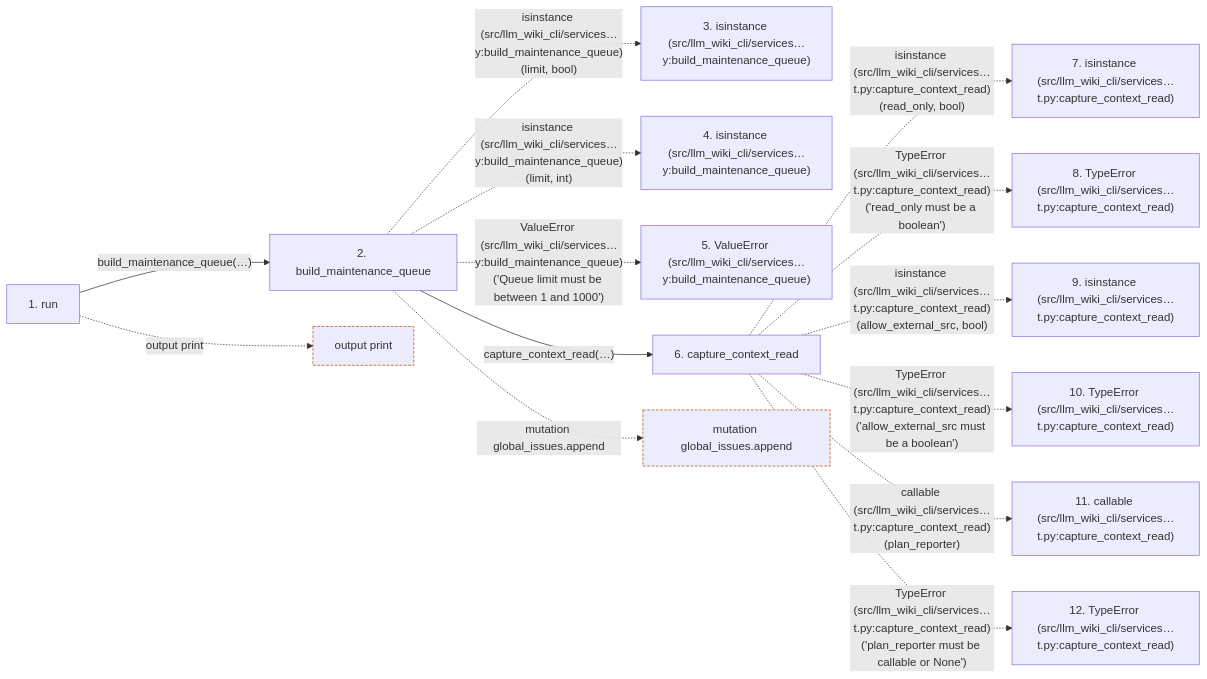
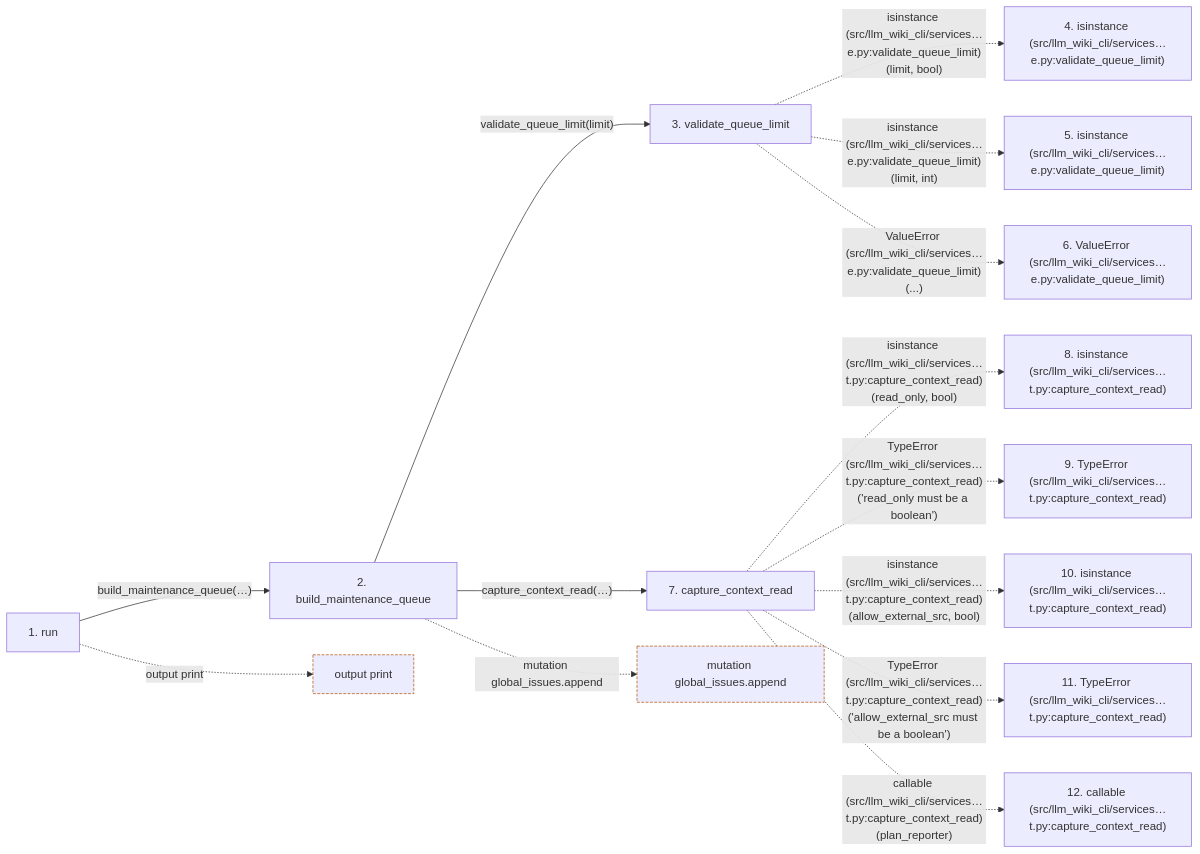
One commit to Denissvgn/python-wiki-llm changed the second of 2 diagrams in docs/llm_wiki/flows/cli-queue.md. Above: the diagram before and after it, drawn with Mermaid. The commit also changed other lines of this file and 42 other files, not shown here.

````diff
--- a/docs/llm_wiki/flows/cli-queue.md
+++ b/docs/llm_wiki/flows/cli-queue.md
@@ -128,36 +129,37 @@
 ```mermaid
 flowchart LR
     s1["1. run"]
     s2["2. build_maintenance_queue"]
-    s3["3. isinstance (src/llm_wiki_cli/services…y:build_maintenance_queue)"]
-    s4["4. isinstance (src/llm_wiki_cli/services…y:build_maintenance_queue)"]
-    s5["5. ValueError (src/llm_wiki_cli/services…y:build_maintenance_queue)"]
-    s6["6. capture_context_read"]
-    s7["7. isinstance (src/llm_wiki_cli/services…t.py:capture_context_read)"]
-    s8["8. TypeError (src/llm_wiki_cli/services…t.py:capture_context_read)"]
-    s9["9. isinstance (src/llm_wiki_cli/services…t.py:capture_context_read)"]
-    s10["10. TypeError (src/llm_wiki_cli/services…t.py:capture_context_read)"]
-    s11["11. callable (src/llm_wiki_cli/services…t.py:capture_context_read)"]
-    s12["12. TypeError (src/llm_wiki_cli/services…t.py:capture_context_read)"]
+    s3["3. validate_queue_limit"]
+    s4["4. isinstance (src/llm_wiki_cli/services…e.py:validate_queue_limit)"]
+    s5["5. isinstance (src/llm_wiki_cli/services…e.py:validate_queue_limit)"]
+    s6["6. ValueError (src/llm_wiki_cli/services…e.py:validate_queue_limit)"]
+    s7["7. capture_context_read"]
+    s8["8. isinstance (src/llm_wiki_cli/services…t.py:capture_context_read)"]
+    s9["9. TypeError (src/llm_wiki_cli/services…t.py:capture_context_read)"]
+    s10["10. isinstance (src/llm_wiki_cli/services…t.py:capture_context_read)"]
+    s11["11. TypeError (src/llm_wiki_cli/services…t.py:capture_context_read)"]
+    s12["12. callable (src/llm_wiki_cli/services…t.py:capture_context_read)"]
     s1 -->|"build_maintenance_queue(…)"| s2
-    s2 -. "isinstance (src/llm_wiki_cli/services…y:build_maintenance_queue)(limit, bool)" .-> s3
-    s2 -. "isinstance (src/llm_wiki_cli/services…y:build_maintenance_queue)(limit, int)" .-> s4
-    s2 -. "ValueError (src/llm_wiki_cli/services…y:build_maintenance_queue)('Queue limit must be between 1 and 1000')" .-> s5
-    s2 -->|"capture_context_read(…)"| s6
-    s6 -. "isinstance (src/llm_wiki_cli/services…t.py:capture_context_read)(read_only, bool)" .-> s7
-    s6 -. "TypeError (src/llm_wiki_cli/services…t.py:capture_context_read)('read_only must be a boolean')" .-> s8
-    s6 -. "isinstance (src/llm_wiki_cli/services…t.py:capture_context_read)(allow_external_src, bool)" .-> s9
-    s6 -. "TypeError (src/llm_wiki_cli/services…t.py:capture_context_read)('allow_external_src must be a boolean')" .-> s10
-    s6 -. "callable (src/llm_wiki_cli/services…t.py:capture_context_read)(plan_reporter)" .-> s11
-    s6 -. "TypeError (src/llm_wiki_cli/services…t.py:capture_context_read)('plan_reporter must be callable or None')" .-> s12
+    s2 -->|"validate_queue_limit(limit)"| s3
+    s3 -. "isinstance (src/llm_wiki_cli/services…e.py:validate_queue_limit)(limit, bool)" .-> s4
+    s3 -. "isinstance (src/llm_wiki_cli/services…e.py:validate_queue_limit)(limit, int)" .-> s5
+    s3 -. "ValueError (src/llm_wiki_cli/services…e.py:validate_queue_limit)(...)" .-> s6
+    s2 -->|"capture_context_read(…)"| s7
+    s7 -. "isinstance (src/llm_wiki_cli/services…t.py:capture_context_read)(read_only, bool)" .-> s8
+    s7 -. "TypeError (src/llm_wiki_cli/services…t.py:capture_context_read)('read_only must be a boolean')" .-> s9
+    s7 -. "isinstance (src/llm_wiki_cli/services…t.py:capture_context_read)(allow_external_src, bool)" .-> s10
+    s7 -. "TypeError (src/llm_wiki_cli/services…t.py:capture_context_read)('allow_external_src must be a boolean')" .-> s11
+    s7 -. "callable (src/llm_wiki_cli/services…t.py:capture_context_read)(plan_reporter)" .-> s12
     b0["output print"]
     s1 -. "output print" .-> b0
     b1["mutation global_issues.append"]
     s2 -. "mutation global_issues.append" .-> b1
     click s1 "../modules/queue_cmd.md"
     click s2 "../modules/maintenance_queue.md"
-    click s6 "../modules/context_packet.md"
+    click s3 "../modules/maintenance_queue.md"
+    click s7 "../modules/context_packet.md"
     classDef boundary stroke:#b45309,stroke-dasharray: 4 2
     class b0 boundary
     class b1 boundary
 ```
````
